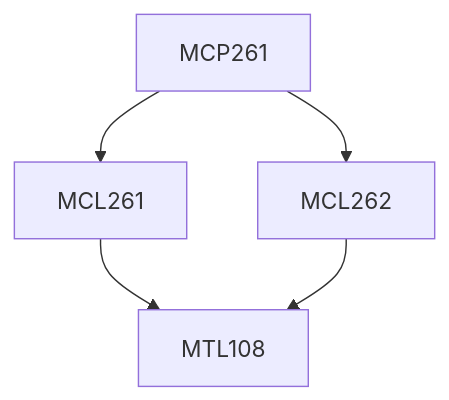
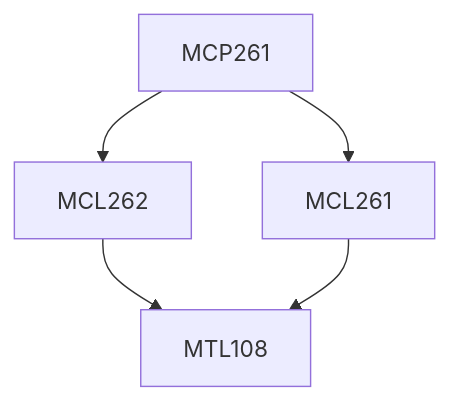
One commit to KeshavBansal0122/CoS_Website changed the diagram in content/Mechanical Engineering/MCP261.md. Above: the diagram before and after it, drawn with Mermaid. The commit also changed other lines of this file and 2667 other files, not shown here.

````diff
--- a/content/Mechanical Engineering/MCP261.md
+++ b/content/Mechanical Engineering/MCP261.md
@@ -15,7 +13,11 @@
 ```mermaid
-graph TD
-MCP261 --> MCL261
-MCL261 --> MTL108
-MCP261 --> MCL262
-MCL262 --> MTL108
+flowchart TD
+MCP261-471[MCP261]
+MCP261-471 --> MCL262-471[MCL262]
+MCL262-471 --> MTL108-471[MTL108]
+MCL261-471 --> MTL108-471[MTL108]
+MCP261-471 --> MCL261-471[MCL261]
+
+classDef empty height:17px, fill:transparent, stroke:transparent;
+classDef trueEmpty height:0px, width:0px;
 ```
````
